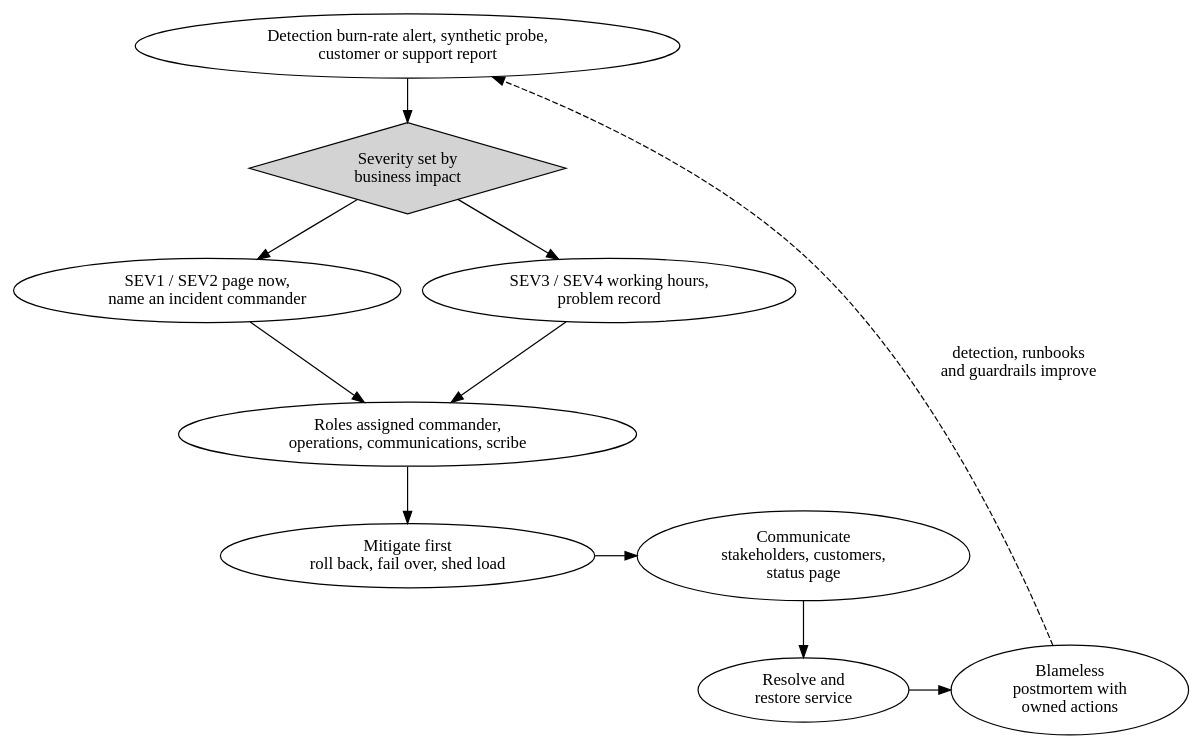
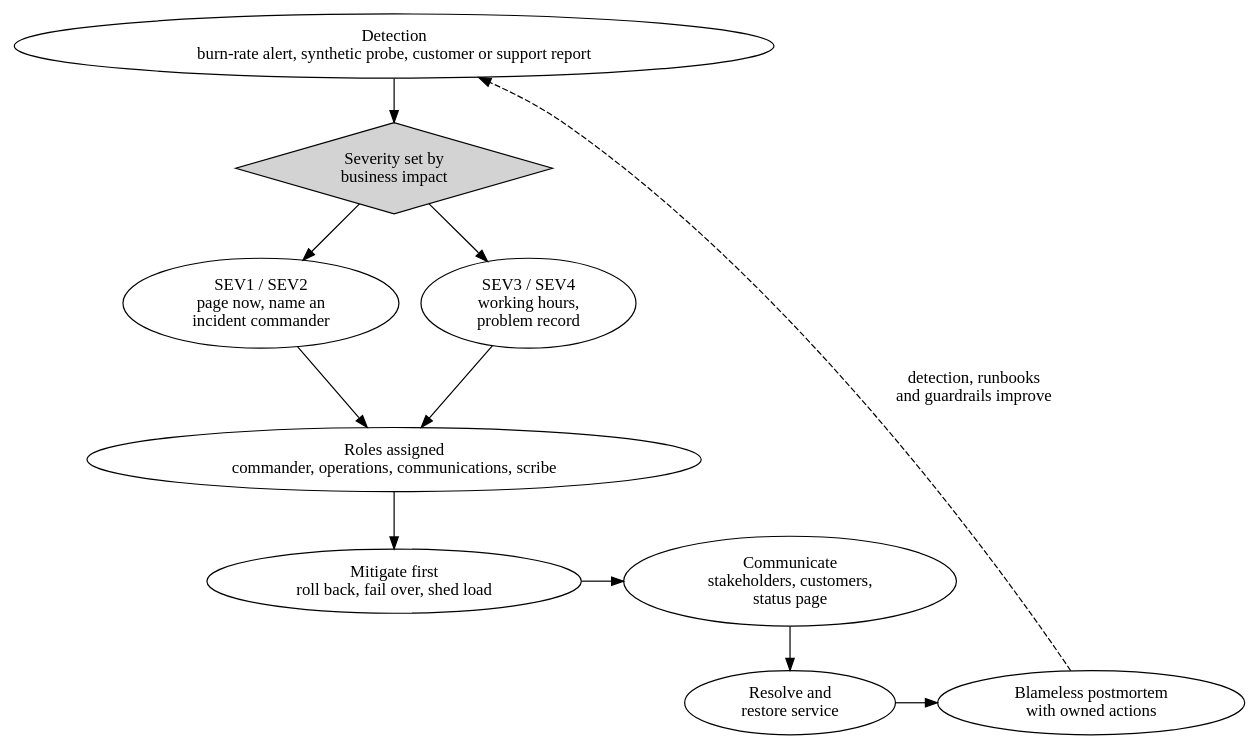
One commit to cesarcastrocuba/handbook-solutions-architecture changed the diagram in assets/diagrams/src/ch10-incident-escalation.dot. Above: the diagram before and after it, drawn with Graphviz. The commit also changed 14 other files, not shown here.

First line of the commit message:
diagrams(figures): keep each node name on its own line

```diff
--- a/assets/diagrams/src/ch10-incident-escalation.dot
+++ b/assets/diagrams/src/ch10-incident-escalation.dot
@@ -1,18 +1,18 @@
 digraph G { 
 
  rankdir=TB;
- det [label="Detection burn-rate alert, synthetic probe,\ncustomer or support report"];
+ det [label="Detection\nburn-rate alert, synthetic probe, customer or support report"];
  sev [label="Severity set by\nbusiness impact", shape=diamond, style="filled"];
- s1 [label="SEV1 / SEV2 page now,\nname an incident commander"];
- s2 [label="SEV3 / SEV4 working hours,\nproblem record"];
- roles [label="Roles assigned commander,\noperations, communications, scribe"];
+ s1 [label="SEV1 / SEV2\npage now, name an\nincident commander"];
+ s2 [label="SEV3 / SEV4\nworking hours,\nproblem record"];
+ roles [label="Roles assigned\ncommander, operations, communications, scribe"];
  mit [label="Mitigate first\nroll back, fail over, shed load"];
  com [label="Communicate\nstakeholders, customers,\nstatus page"];
  res [label="Resolve and\nrestore service"];
- pm [label="Blameless\npostmortem with\nowned actions"];
+ pm [label="Blameless postmortem\nwith owned actions"];
  det -> sev; sev -> s1; sev -> s2; s1 -> roles; s2 -> roles; roles -> mit; mit -> com; com -> res; res -> pm;
  {rank=same; s1; s2}
  {rank=same; mit; com}
  {rank=same; res; pm}
  pm -> det [label="  detection, runbooks\n  and guardrails improve", style=dashed, constraint=false];
 }
```
